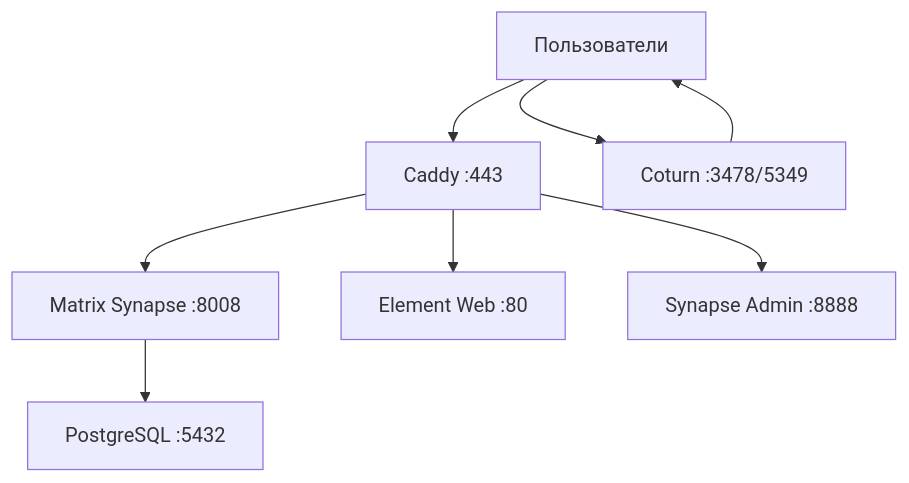
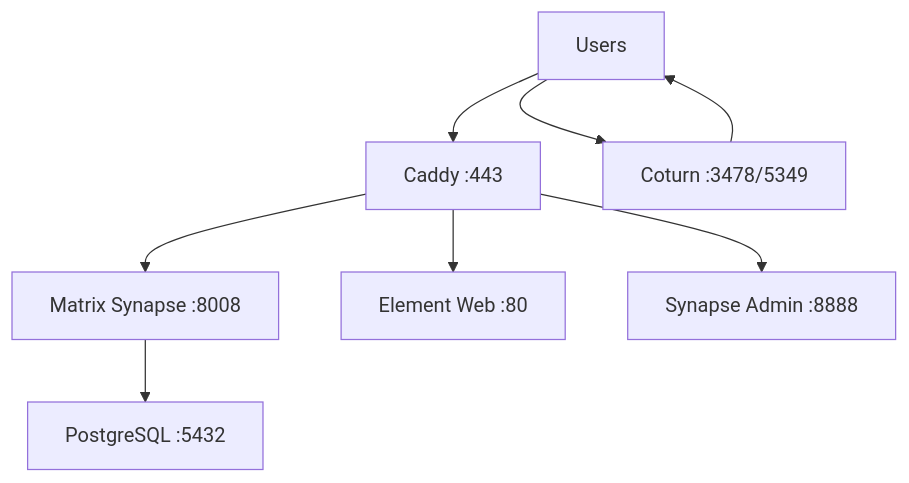
One commit to ru-admin/ru-admin.github.io changed the diagram in content/posts/matrix-messenger/index.md. Above: the diagram before and after it, drawn with Mermaid. The commit also changed other lines of this file and 1 other file, not shown here.

```diff
--- a/content/posts/matrix-messenger/index.md
+++ b/content/posts/matrix-messenger/index.md
@@ -120,10 +89,10 @@
 {{< mermaid align="center" >}}
 graph TB
-    A[Пользователи] --> B[Caddy :443]
+    A[Users] --> B[Caddy :443]
     B --> C[Matrix Synapse :8008]
     B --> D[Element Web :80]
     B --> E[Synapse Admin :8888]
     C --> F[PostgreSQL :5432]
     A --> G[Coturn :3478/5349]
     G --> A
 {{< /mermaid >}}
```
